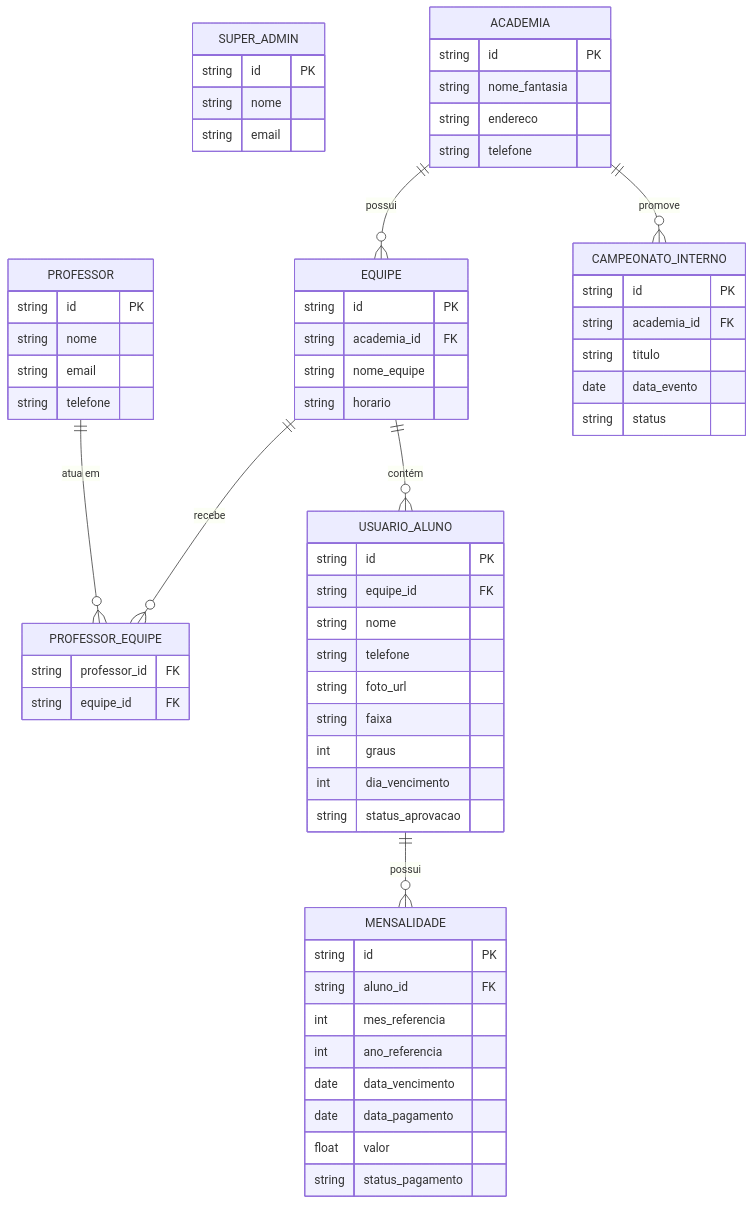
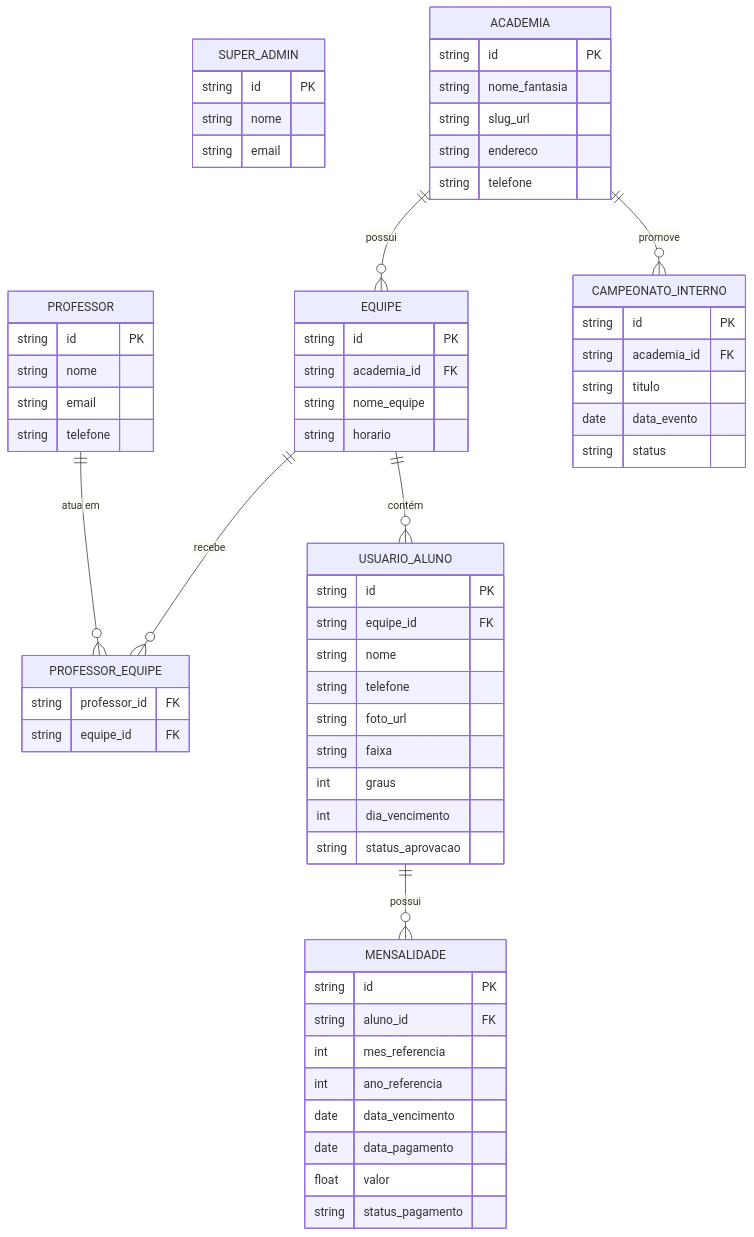
The second of 2 diagrams in docs/contexto.md (JoaoKeweni/Forja-jiu-jitsu), drawn with Mermaid before and after one commit. The commit also changed other lines of this file and 35 other files, not shown here.

Commit message:
feat: initialize project with Next.js, Tailwind CSS, Supabase schema, and foundational UI components

````diff
--- a/docs/contexto.md
+++ b/docs/contexto.md
@@ -104,72 +107,73 @@
 ```mermaid
 erDiagram
     SUPER_ADMIN {
         string id PK
         string nome
         string email
     }
 
     ACADEMIA {
         string id PK
         string nome_fantasia
+        string slug_url
         string endereco
         string telefone
     }
 
     EQUIPE {
         string id PK
         string academia_id FK
         string nome_equipe
         string horario
     }
 
     PROFESSOR {
         string id PK
         string nome
         string email
         string telefone
     }
 
     PROFESSOR_EQUIPE {
         string professor_id FK
         string equipe_id FK
     }
 
     USUARIO_ALUNO {
         string id PK
         string equipe_id FK
         string nome
         string telefone
         string foto_url
         string faixa
         int graus
         int dia_vencimento
         string status_aprovacao
     }
 
     MENSALIDADE {
         string id PK
         string aluno_id FK
         int mes_referencia
         int ano_referencia
         date data_vencimento
         date data_pagamento
         float valor
         string status_pagamento
     }
 
     CAMPEONATO_INTERNO {
         string id PK
         string academia_id FK
         string titulo
         date data_evento
         string status
     }
 
     ACADEMIA ||--o{ EQUIPE : "possui"
     PROFESSOR ||--o{ PROFESSOR_EQUIPE : "atua em"
     EQUIPE ||--o{ PROFESSOR_EQUIPE : "recebe"
     EQUIPE ||--o{ USUARIO_ALUNO : "contém"
     USUARIO_ALUNO ||--o{ MENSALIDADE : "possui"
     ACADEMIA ||--o{ CAMPEONATO_INTERNO : "promove"
 ```
````
